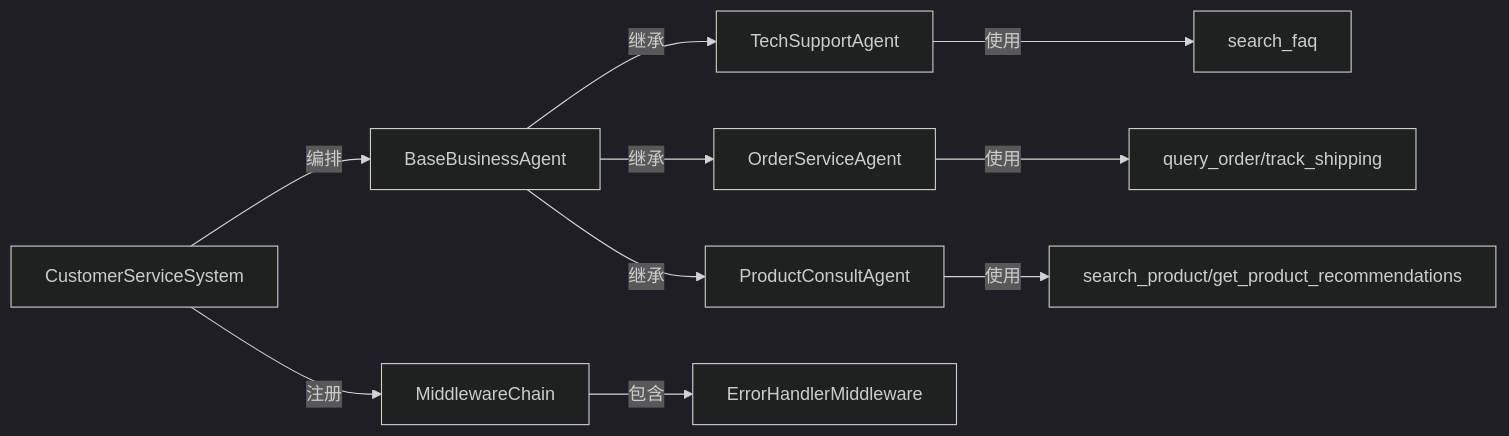
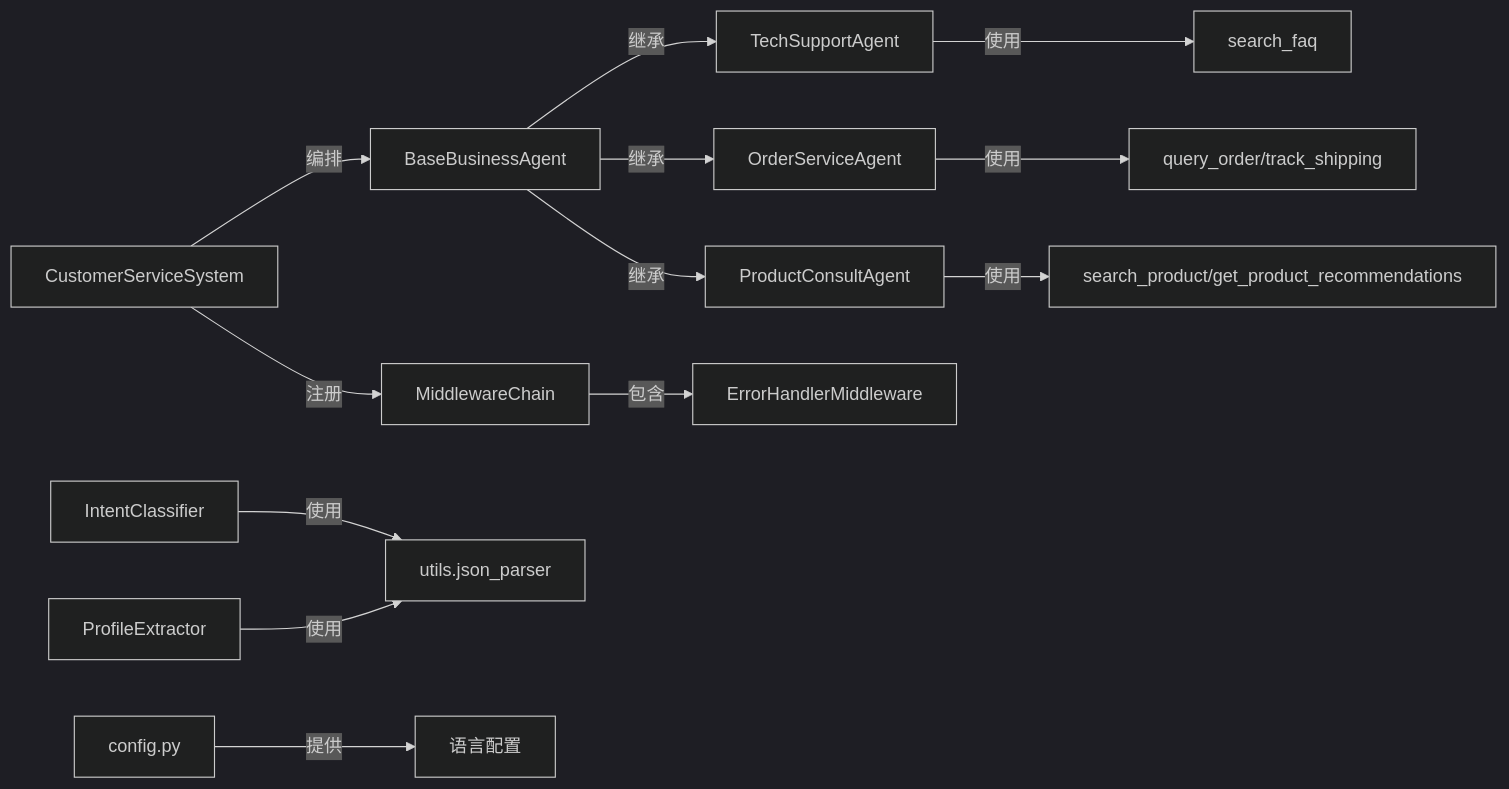
The tenth of 10 diagrams in .qoder/repowiki/zh/content/Agent系统设计/Agent基类设计.md (Yijtu/multi-agent-customer-service), drawn with Mermaid (dark theme) before and after one commit. The commit also changed other lines of this file and 28 other files, not shown here.

````diff
--- a/.qoder/repowiki/zh/content/Agent系统设计/Agent基类设计.md
+++ b/.qoder/repowiki/zh/content/Agent系统设计/Agent基类设计.md
@@ -380,12 +486,15 @@
 ```mermaid
 graph LR
 BASE["BaseBusinessAgent"] --> |继承| TECH["TechSupportAgent"]
 BASE --> |继承| ORDER["OrderServiceAgent"]
 BASE --> |继承| PRODUCT["ProductConsultAgent"]
 TECH --> |使用| TOOL_FAQ["search_faq"]
 ORDER --> |使用| TOOL_ORDER["query_order/track_shipping"]
 PRODUCT --> |使用| TOOL_PROD["search_product/get_product_recommendations"]
 SYS["CustomerServiceSystem"] --> |编排| BASE
 SYS --> |注册| MW["MiddlewareChain"]
 MW --> |包含| ERR_MW["ErrorHandlerMiddleware"]
+CLASSIFIER["IntentClassifier"] --> |使用| JSON_PARSER["utils.json_parser"]
+PROFILE["ProfileExtractor"] --> |使用| JSON_PARSER
+CONFIG["config.py"] --> |提供| LANG_CONFIG["语言配置"]
 ```
````
